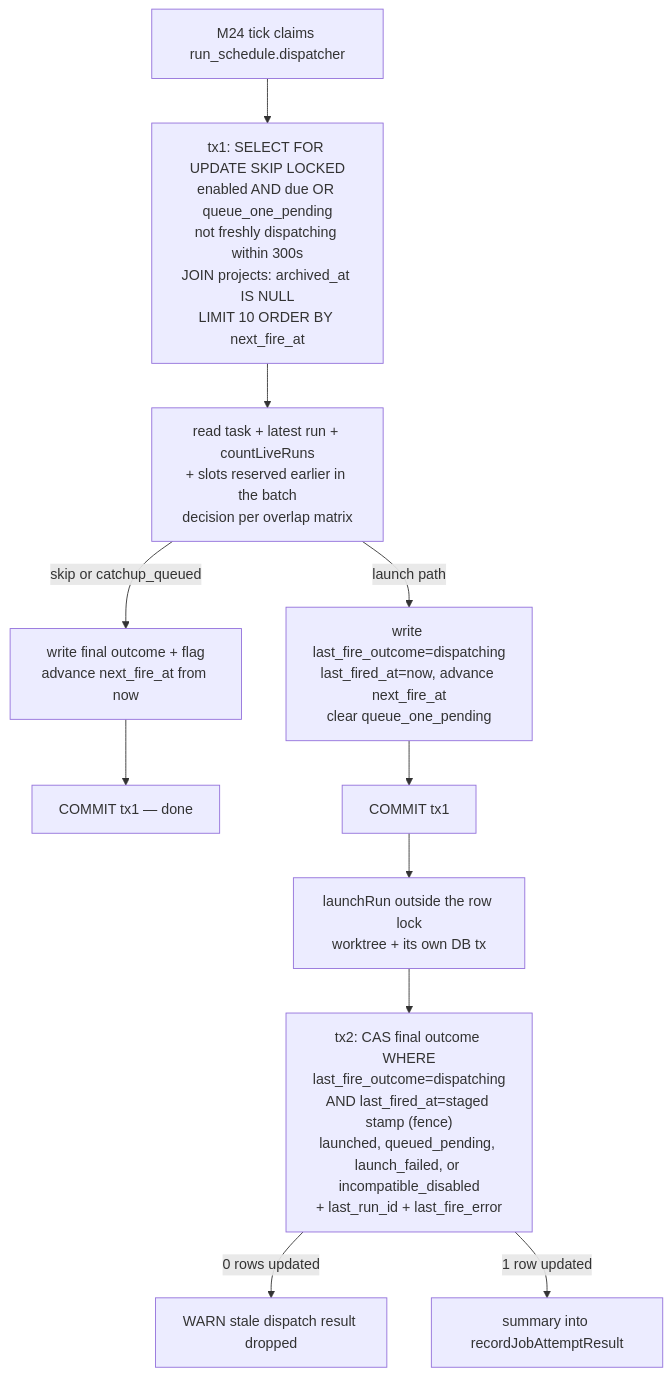
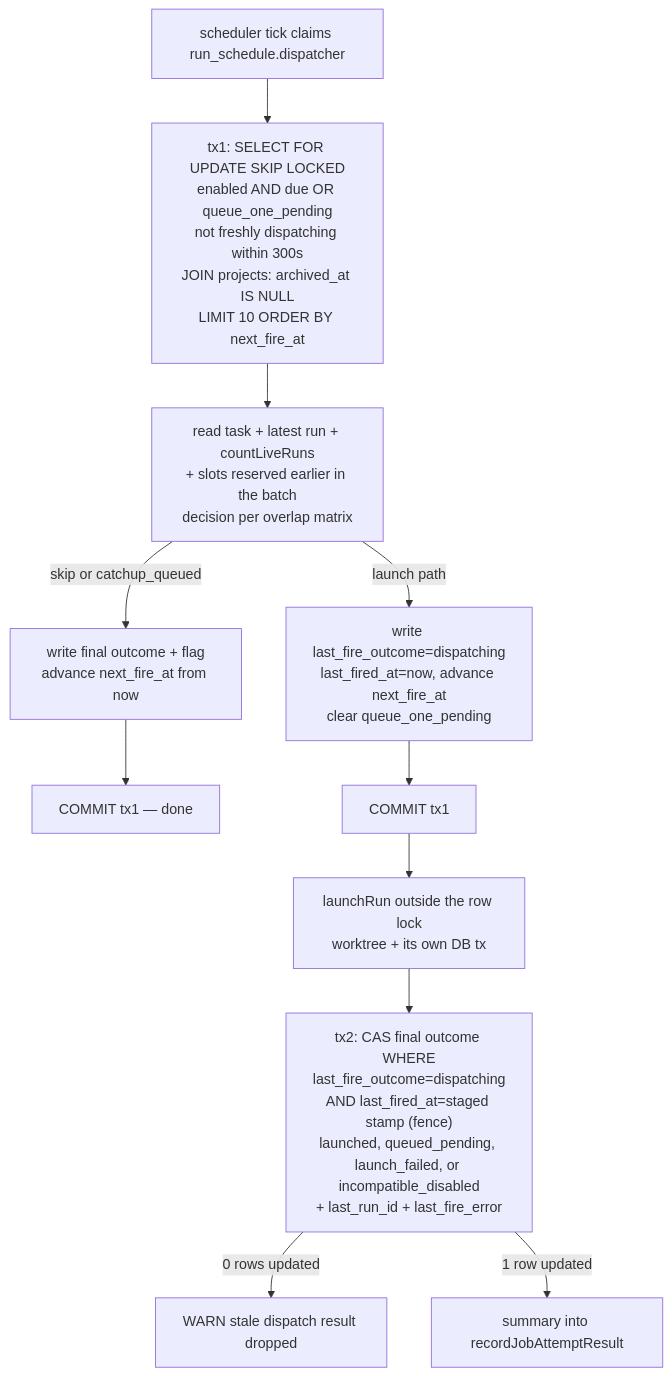
One commit to maister-dev/maister changed the second of 5 diagrams in docs/system-analytics/run-schedules.md. Above: the diagram before and after it, drawn with Mermaid. The commit also changed other lines of this file and 89 other files, not shown here.

````diff
--- a/docs/system-analytics/run-schedules.md
+++ b/docs/system-analytics/run-schedules.md
@@ -128,13 +128,13 @@
 ```mermaid
 flowchart TD
-    Tick[M24 tick claims run_schedule.dispatcher] --> Claim[tx1: SELECT FOR UPDATE SKIP LOCKED<br/>enabled AND due OR queue_one_pending<br/>not freshly dispatching within 300s<br/>JOIN projects: archived_at IS NULL<br/>LIMIT 10 ORDER BY next_fire_at]
+    Tick[scheduler tick claims run_schedule.dispatcher] --> Claim[tx1: SELECT FOR UPDATE SKIP LOCKED<br/>enabled AND due OR queue_one_pending<br/>not freshly dispatching within 300s<br/>JOIN projects: archived_at IS NULL<br/>LIMIT 10 ORDER BY next_fire_at]
     Claim --> Decide[read task + latest run + countLiveRuns<br/>+ slots reserved earlier in the batch<br/>decision per overlap matrix]
     Decide -- skip or catchup_queued --> NonLaunch[write final outcome + flag<br/>advance next_fire_at from now]
     NonLaunch --> Commit1[COMMIT tx1 — done]
     Decide -- launch path --> Intent[write last_fire_outcome=dispatching<br/>last_fired_at=now, advance next_fire_at<br/>clear queue_one_pending]
     Intent --> Commit2[COMMIT tx1]
     Commit2 --> Launch[launchRun outside the row lock<br/>worktree + its own DB tx]
     Launch --> Tx2["tx2: CAS final outcome WHERE<br/>last_fire_outcome=dispatching<br/>AND last_fired_at=staged stamp (fence)<br/>launched, queued_pending, launch_failed, or incompatible_disabled<br/>+ last_run_id + last_fire_error"]
     Tx2 -- 0 rows updated --> Stale[WARN stale dispatch result dropped]
     Tx2 -- 1 row updated --> Done[summary into recordJobAttemptResult]
 ```
````
